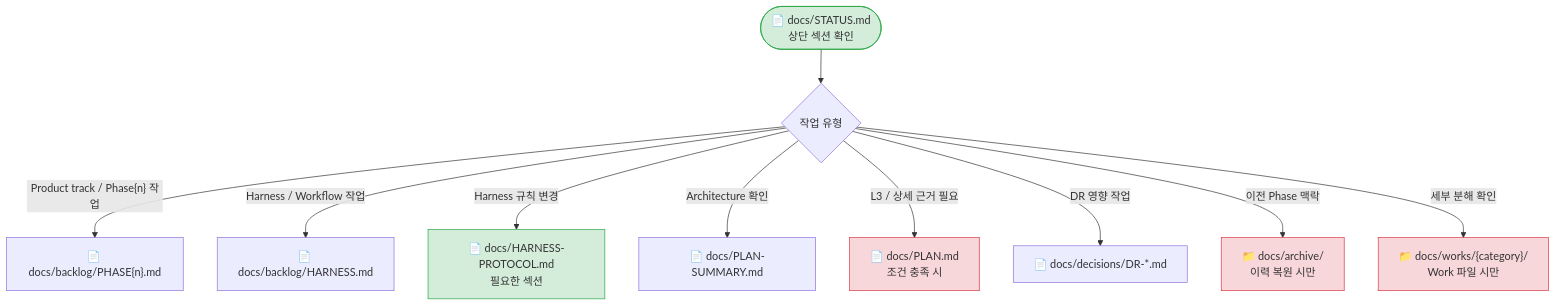
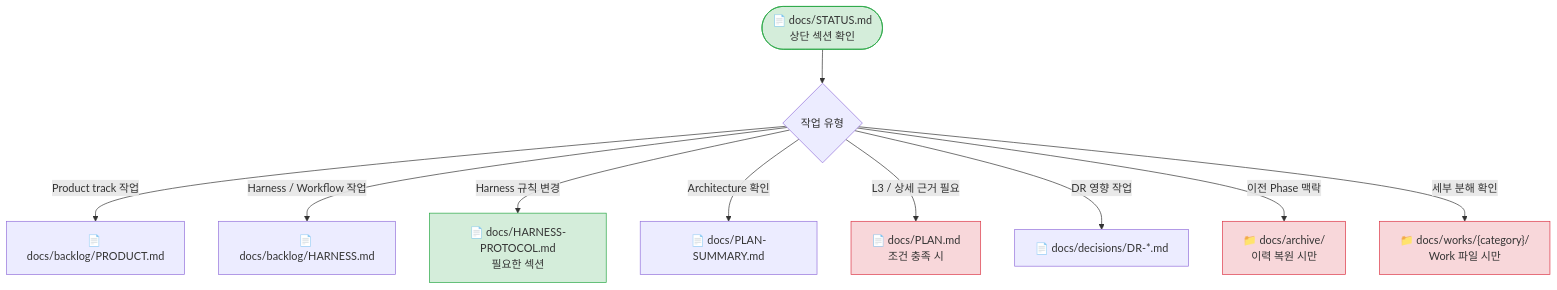
The seventh of 8 diagrams in docs/WORKFLOW-MANUAL.md (kyungseo/ai-workflow-harness), drawn with Mermaid before and after one commit. The commit also changed other lines of this file and 35 other files, not shown here.

First line of the commit message:
refactor: Product track 네이밍 PHASE{n}→PRODUCT 대칭 전환 + phase optional (DR-031, CHORE-20260609-005) (#120)

````diff
--- a/docs/WORKFLOW-MANUAL.md
+++ b/docs/WORKFLOW-MANUAL.md
@@ -431,19 +431,19 @@
 ```mermaid
 flowchart TD
     STATUS(["📄 docs/STATUS.md\n상단 섹션 확인"]) --> ROUTE{"작업 유형"}
 
-    ROUTE -- "Product track / Phase{n} 작업" --> PBACKLOG["📄 docs/backlog/PHASE{n}.md"]
+    ROUTE -- "Product track 작업" --> PBACKLOG["📄 docs/backlog/PRODUCT.md"]
     ROUTE -- "Harness / Workflow 작업" --> HBACKLOG["📄 docs/backlog/HARNESS.md"]
     ROUTE -- "Harness 규칙 변경" --> HPROTO["📄 docs/HARNESS-PROTOCOL.md\n필요한 섹션"]
     ROUTE -- "Architecture 확인" --> PLAN_S["📄 docs/PLAN-SUMMARY.md"]
     ROUTE -- "L3 / 상세 근거 필요" --> PLAN["📄 docs/PLAN.md\n조건 충족 시"]
     ROUTE -- "DR 영향 작업" --> DECISIONS["📄 docs/decisions/DR-*.md"]
     ROUTE -- "이전 Phase 맥락" --> ARCHIVE["📁 docs/archive/\n이력 복원 시만"]
     ROUTE -- "세부 분해 확인" --> WORK["📁 docs/works/{category}/\nWork 파일 시만"]
 
     style STATUS fill:#d4edda,stroke:#28a745
     style HPROTO fill:#d4edda,stroke:#28a745
     style PLAN fill:#f8d7da,stroke:#dc3545
     style ARCHIVE fill:#f8d7da,stroke:#dc3545
     style WORK fill:#f8d7da,stroke:#dc3545
 ```
````
